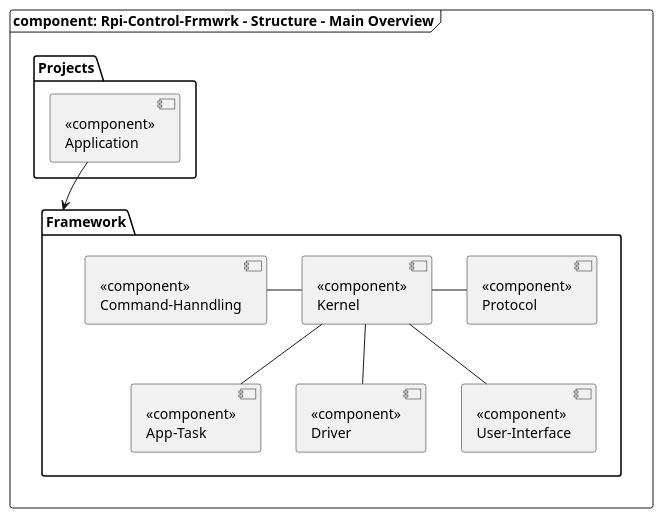
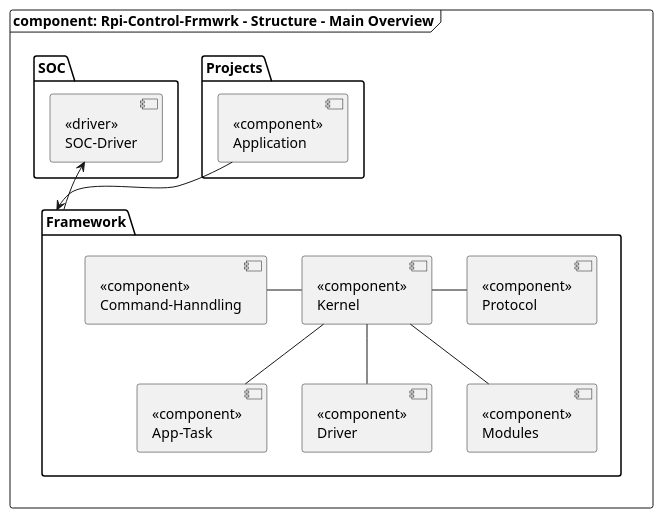
The diagram in uml/rpi_control_frmwrk_diagram_pacakge_main_structure.puml (smuuze/rpi_control_frmwrk), drawn with PlantUML before and after one commit. The commit also changed 3 other files, not shown here.

```diff
--- a/uml/rpi_control_frmwrk_diagram_pacakge_main_structure.puml
+++ b/uml/rpi_control_frmwrk_diagram_pacakge_main_structure.puml
@@ -1,61 +1,69 @@
 @startuml rpi_control_frmwrk_diagram_pacakge_main_structure
 
 skinparam monochrome true
 'skinparam linetype ortho
 'skinparam style strictuml
 
 frame "component: Rpi-Control-Frmwrk - Structure - Main Overview" {
 
     folder "Projects" {
         component application [
             <<component>>
             Application
+        ]
+    }
+
+    folder "SOC" {
+        component soc [
+            <<driver>>
+            SOC-Driver
         ]
     }
 
     folder "Framework" {
 
         component kernel [
             <<component>>
             Kernel
         ]
 
         component app_task [
             <<component>>
             App-Task
         ]
 
         component driver [
             <<component>>
             Driver
         ]
 
         component cmd_handling [
             <<component>>
             Command-Hanndling
         ]
 
         component protocol [
             <<component>>
             Protocol
         ]
 
-        component user_interface [
+        component modules [
             <<component>>
-            User-Interface
+            Modules
         ]
 
         kernel -down- app_task
         kernel -left- cmd_handling
         kernel -right- protocol
         kernel -- driver
-        kernel -- user_interface
+        kernel -- modules
 
         url of kernel is [[../readme/readme_kernel.h {Click: Go to}]]
 
     }
 
-    application --> "Framework"
+    application -down-> "Framework"
+    "Framework" -up-> soc
 
 }
 @enduml
```
